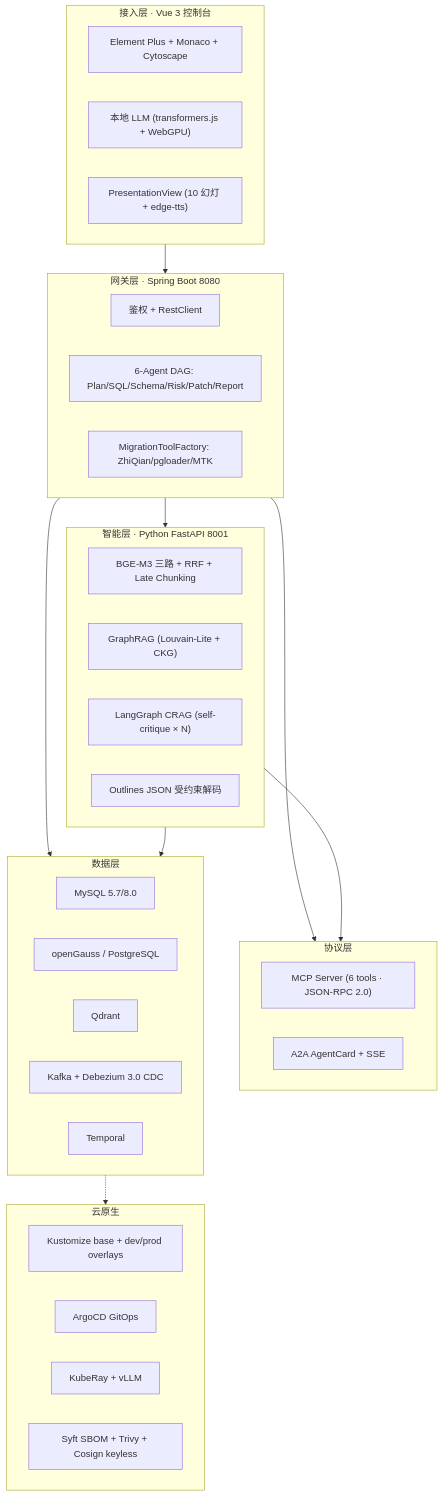
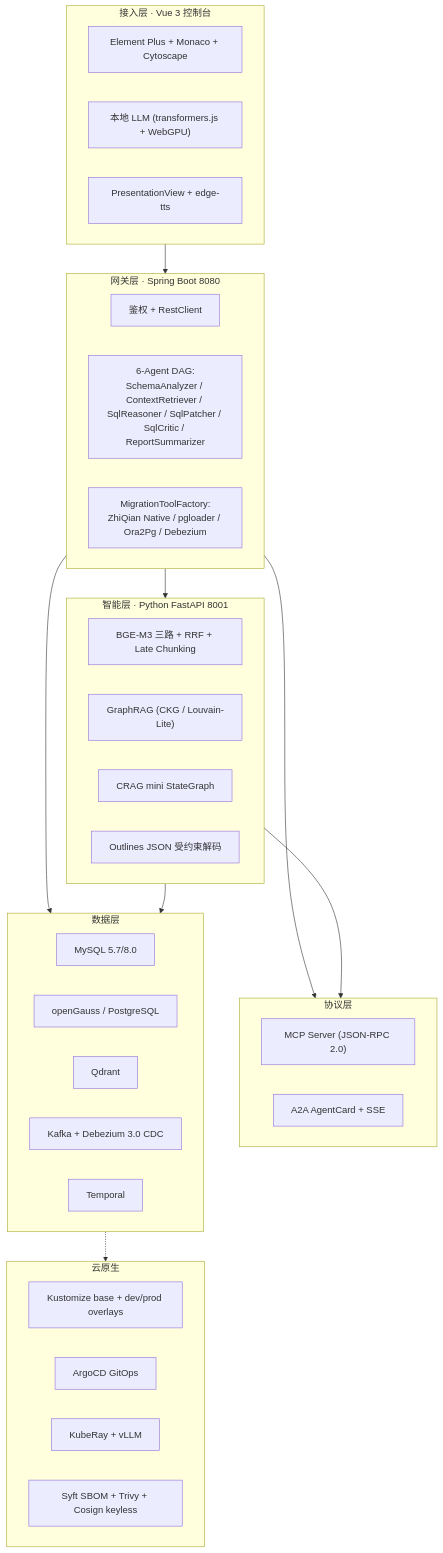
Before and after one commit to anothersunset/zhixianyunshu: the diagram in docs/architecture/00-overall.md, drawn with Mermaid. The commit also changed other lines of this file, not shown here.

Commit message:
docs: align top architecture agent names

````diff
--- a/docs/architecture/00-overall.md
+++ b/docs/architecture/00-overall.md
@@ -11,43 +11,43 @@
 ```mermaid
 flowchart TB
   subgraph L1["接入层 · Vue 3 控制台"]
     UI["Element Plus + Monaco + Cytoscape"]
     LL["本地 LLM (transformers.js + WebGPU)"]
-    SLIDES["PresentationView (10 幻灯 + edge-tts)"]
+    SLIDES["PresentationView + edge-tts"]
   end
   subgraph L2["网关层 · Spring Boot 8080"]
     AUTH["鉴权 + RestClient"]
-    AGENT["6-Agent DAG: Plan/SQL/Schema/Risk/Patch/Report"]
-    MIG["MigrationToolFactory: ZhiQian/pgloader/MTK"]
+    AGENT["6-Agent DAG:<br/>SchemaAnalyzer / ContextRetriever / SqlReasoner / SqlPatcher / SqlCritic / ReportSummarizer"]
+    MIG["MigrationToolFactory:<br/>ZhiQian Native / pgloader / Ora2Pg / Debezium"]
   end
   subgraph L3["智能层 · Python FastAPI 8001"]
     RAG["BGE-M3 三路 + RRF + Late Chunking"]
-    GRAPH["GraphRAG (Louvain-Lite + CKG)"]
-    CRAG["LangGraph CRAG (self-critique × N)"]
+    GRAPH["GraphRAG (CKG / Louvain-Lite)"]
+    CRAG["CRAG mini StateGraph"]
     OUT["Outlines JSON 受约束解码"]
   end
   subgraph L4["协议层"]
-    MCP["MCP Server (6 tools · JSON-RPC 2.0)"]
+    MCP["MCP Server (JSON-RPC 2.0)"]
     A2A["A2A AgentCard + SSE"]
   end
   subgraph L5["数据层"]
     MYSQL["MySQL 5.7/8.0"]
     OG["openGauss / PostgreSQL"]
     QD["Qdrant"]
     KAFKA["Kafka + Debezium 3.0 CDC"]
     TEMP["Temporal"]
   end
   subgraph L6["云原生"]
     K8S["Kustomize base + dev/prod overlays"]
     ARGO["ArgoCD GitOps"]
     RAY["KubeRay + vLLM"]
     SEC["Syft SBOM + Trivy + Cosign keyless"]
   end
 
   L1 --> L2 --> L3
   L2 --> L4
   L3 --> L4
   L2 --> L5
   L3 --> L5
   L5 -.-> L6
 ```
````
